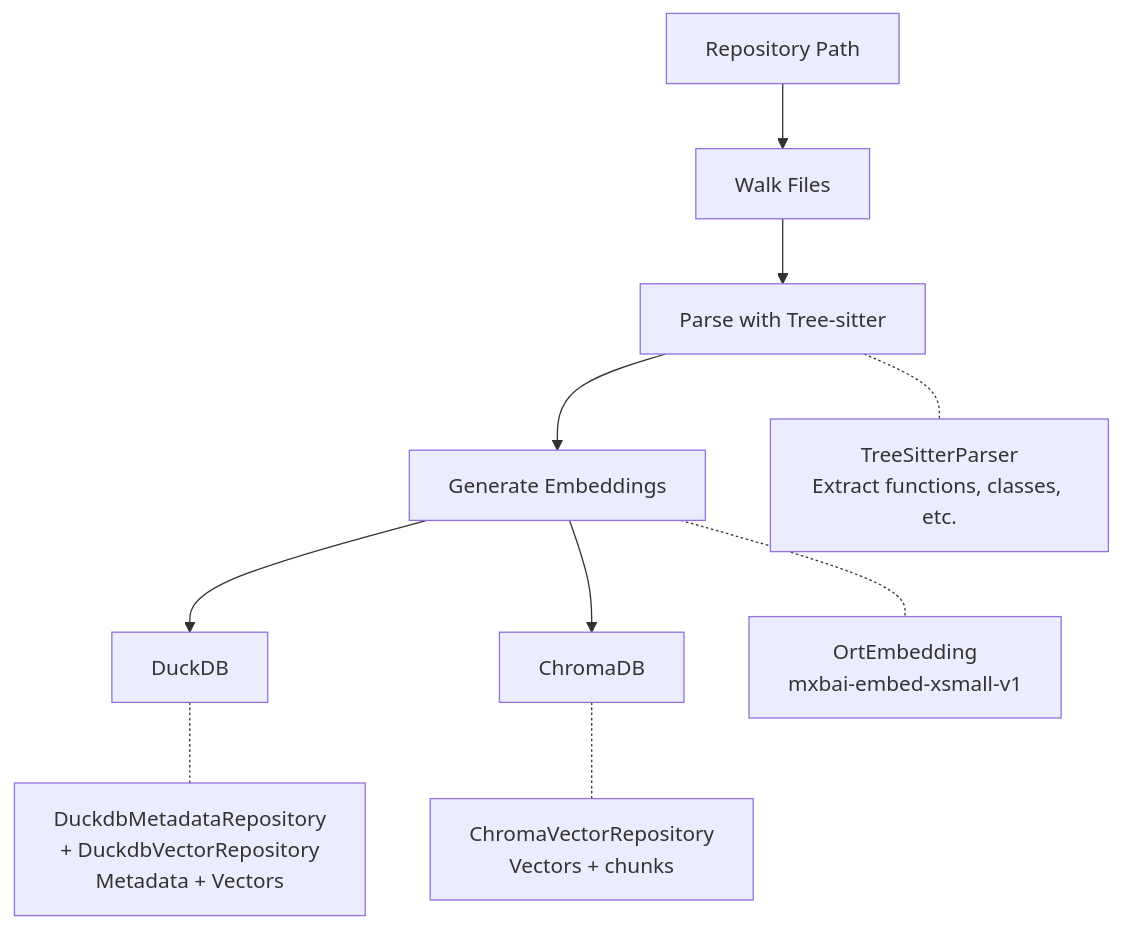
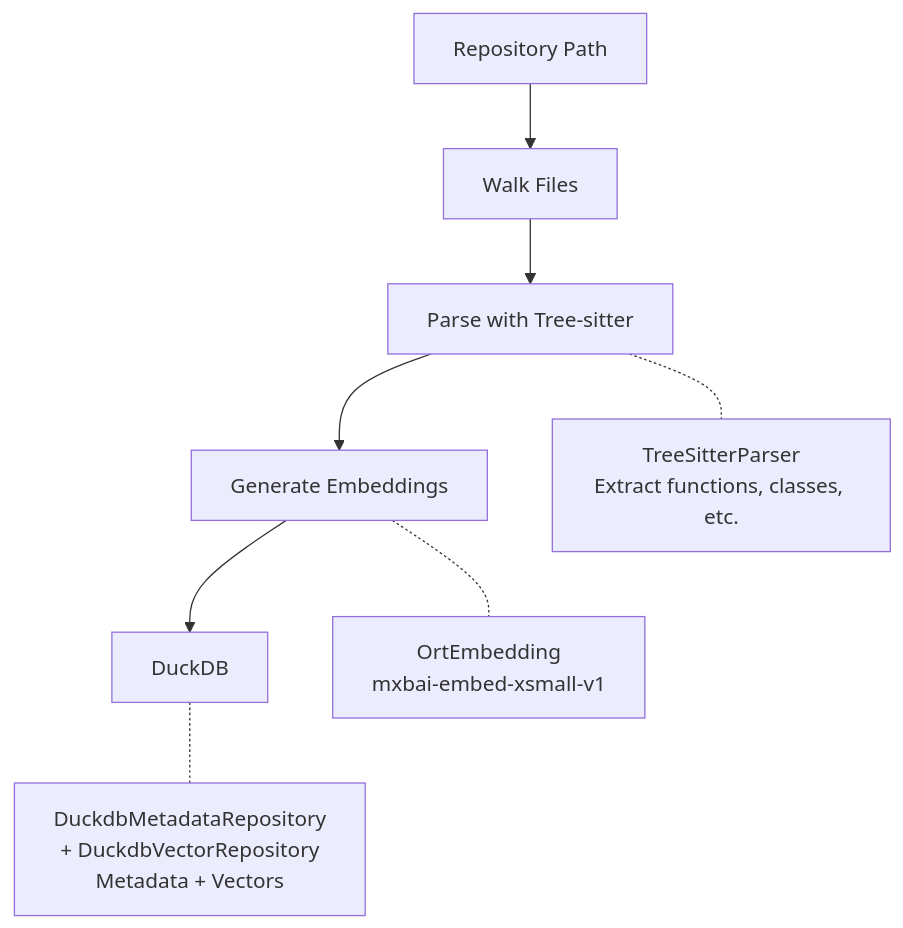
Before and after one commit to ArtemisMucaj/codesearch: the second of 3 diagrams in docs/architecture/overview.md, drawn with Mermaid. The commit also changed other lines of this file and 11 other files, not shown here.

````diff
--- a/docs/architecture/overview.md
+++ b/docs/architecture/overview.md
@@ -123,13 +121,11 @@
 ```mermaid
 flowchart TB
     A[Repository Path] --> B[Walk Files]
     B --> C[Parse with Tree-sitter]
     C --> D[Generate Embeddings]
     D --> E[DuckDB]
-    D --> F[ChromaDB]
 
     C -.- C1[TreeSitterParser<br/>Extract functions, classes, etc.]
     D -.- D1[OrtEmbedding<br/>mxbai-embed-xsmall-v1]
     E -.- E1[DuckdbMetadataRepository<br/>+ DuckdbVectorRepository<br/>Metadata + Vectors]
-    F -.- F1[ChromaVectorRepository<br/>Vectors + chunks]
 ```
````
